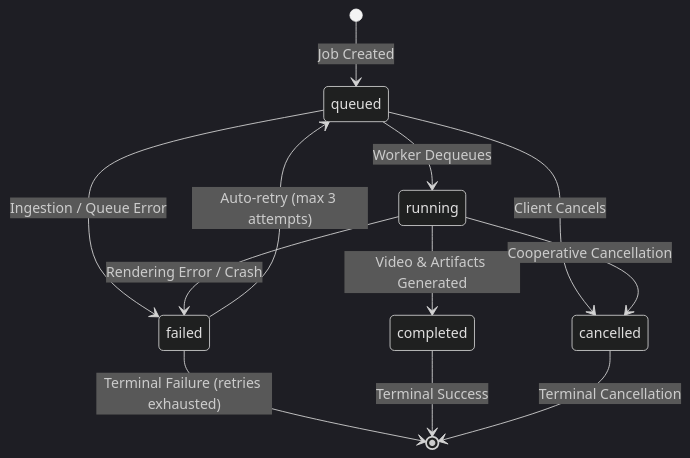
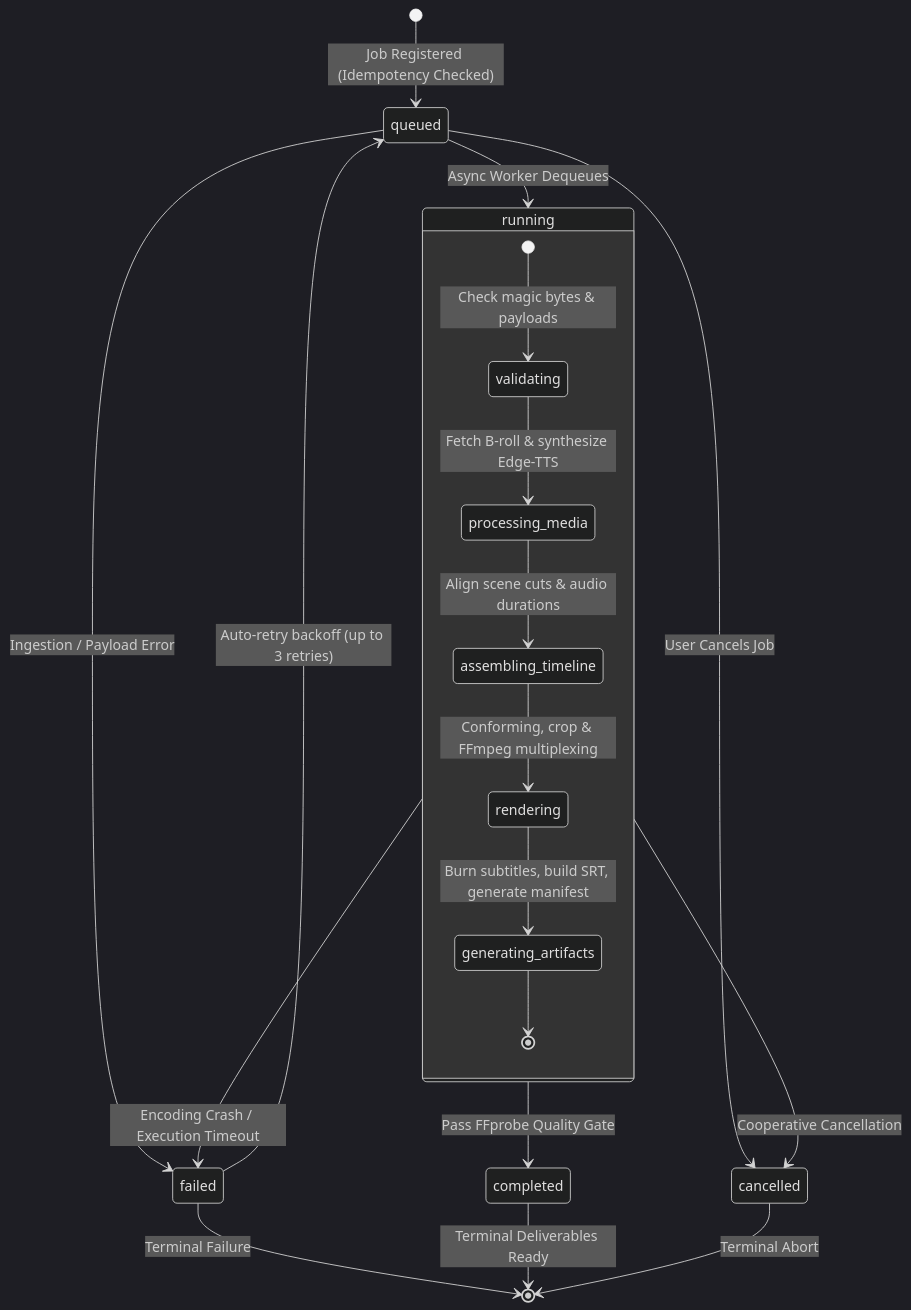
One commit to LakshmanDev12/IncuBrix-Assessment-3--Script-and-Voiceover-to-B-roll-Video-Engine changed the diagram in README.md. Above: the diagram before and after it, drawn with Mermaid (dark theme). The commit also changed other lines of this file, not shown here.

Commit message:
docs: modernize and beautify README with badges, architecture diagrams, and quickstart guides

````diff
--- a/README.md
+++ b/README.md
@@ -197,14 +211,25 @@
 ```mermaid
 stateDiagram-v2
-    [*] --> queued: Job Created
-    queued --> running: Worker Dequeues
-    queued --> cancelled: Client Cancels
-    queued --> failed: Ingestion / Queue Error
-    running --> completed: Video & Artifacts Generated
-    running --> failed: Rendering Error / Crash
+    [*] --> queued: Job Registered (Idempotency Checked)
+    queued --> running: Async Worker Dequeues
+    queued --> cancelled: User Cancels Job
+    queued --> failed: Ingestion / Payload Error
+
+    state running {
+        [*] --> validating: Check magic bytes & payloads
+        validating --> processing_media: Fetch B-roll & synthesize Edge-TTS
+        processing_media --> assembling_timeline: Align scene cuts & audio durations
+        assembling_timeline --> rendering: Conforming, crop & FFmpeg multiplexing
+        rendering --> generating_artifacts: Burn subtitles, build SRT, generate manifest
+        generating_artifacts --> [*]
+    }
+
+    running --> completed: Pass FFprobe Quality Gate
+    running --> failed: Encoding Crash / Execution Timeout
     running --> cancelled: Cooperative Cancellation
-    failed --> queued: Auto-retry (max 3 attempts)
-    failed --> [*]: Terminal Failure (retries exhausted)
-    completed --> [*]: Terminal Success
-    cancelled --> [*]: Terminal Cancellation
+
+    failed --> queued: Auto-retry backoff (up to 3 retries)
+    failed --> [*]: Terminal Failure
+    completed --> [*]: Terminal Deliverables Ready
+    cancelled --> [*]: Terminal Abort
 ```
````
